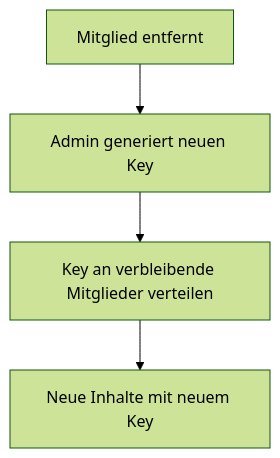
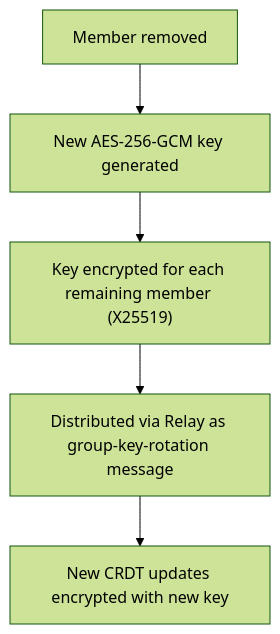
The fourth of 7 diagrams in docs/architecture/entities.md (IT4Change/web-of-trust), drawn with Mermaid (forest theme) before and after one commit. The commit also changed other lines of this file and 9 other files, not shown here.

````diff
--- a/docs/architecture/entities.md
+++ b/docs/architecture/entities.md
@@ -478,6 +536,7 @@
 ```mermaid
 flowchart TD
-    Remove["Mitglied entfernt"] --> NewKey["Admin generiert neuen Key"]
-    NewKey --> Distribute["Key an verbleibende Mitglieder verteilen"]
-    Distribute --> Encrypt["Neue Inhalte mit neuem Key"]
+    Remove["Member removed"] --> NewKey["New AES-256-GCM key generated"]
+    NewKey --> Encrypt["Key encrypted for each remaining member (X25519)"]
+    Encrypt --> Distribute["Distributed via Relay as group-key-rotation message"]
+    Distribute --> Use["New CRDT updates encrypted with new key"]
 ```
````
